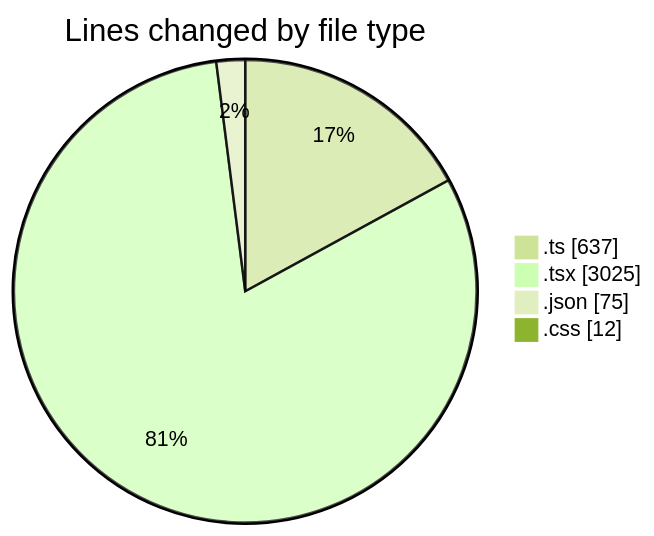
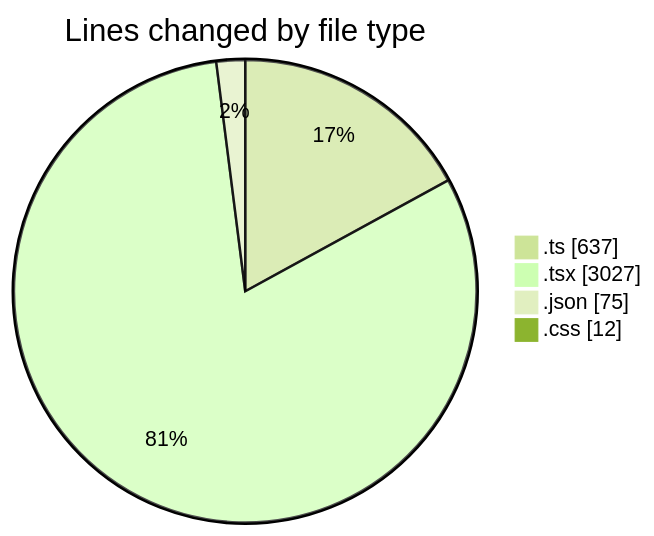
One commit to robertbonfada/code-tracking changed the first of 2 diagrams in 2025-01-27/termonied-web/README.md. Above: the diagram before and after it, drawn with Mermaid (forest theme). The commit also changed other lines of this file and 1 other file, not shown here.

````diff
--- a/2025-01-27/termonied-web/README.md
+++ b/2025-01-27/termonied-web/README.md
@@ -33,8 +33,8 @@
 ```mermaid
 pie showData
 title Lines changed by file type
 ".ts" : 637
-".tsx" : 3025
+".tsx" : 3027
 ".json" : 75
 ".css" : 12
 ```
````
